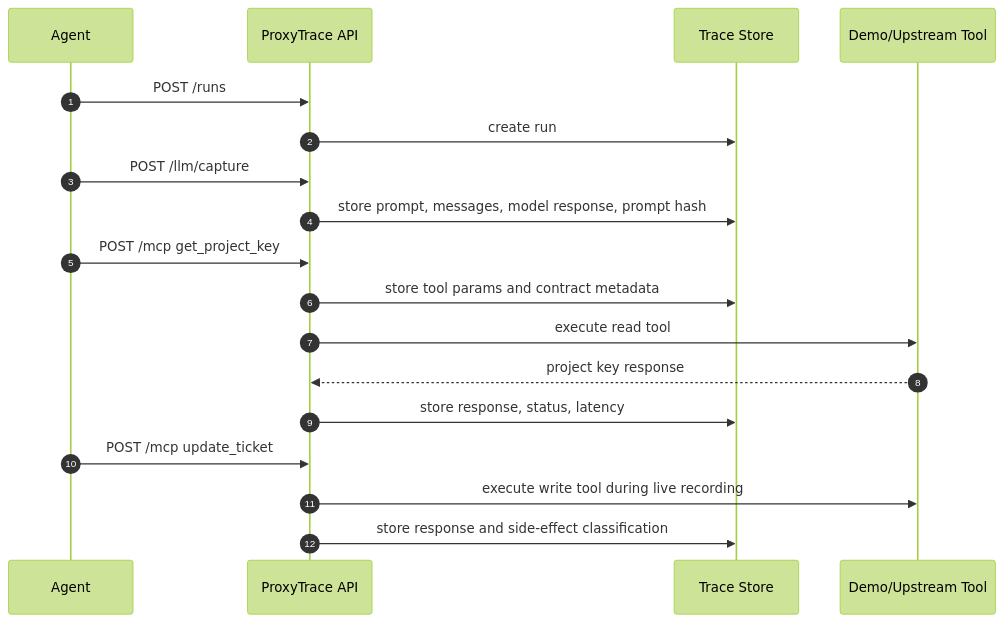
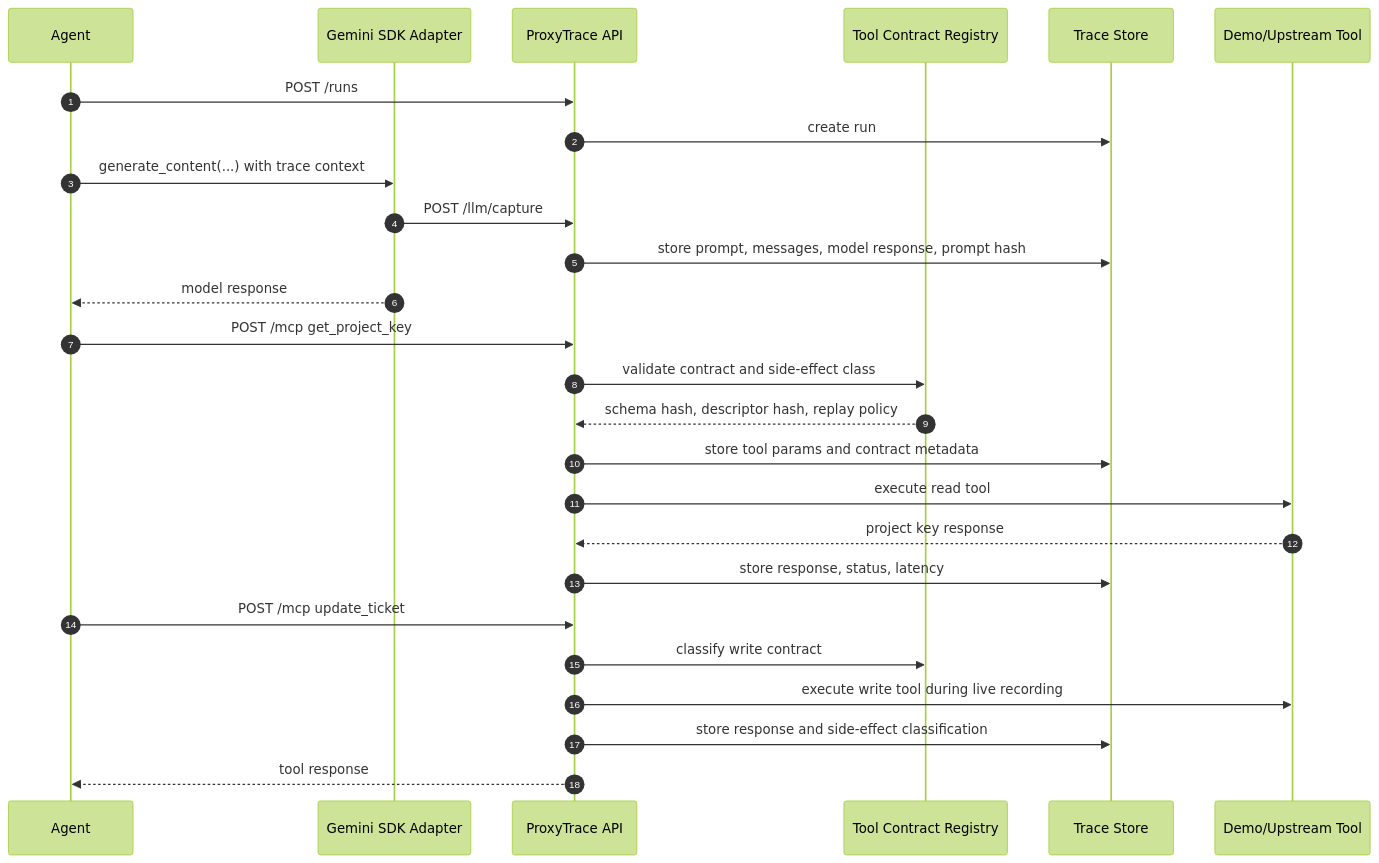
One commit to defi12748/ProxyTrace changed the second of 5 diagrams in README.md. Above: the diagram before and after it, drawn with Mermaid (forest theme). The commit also changed other lines of this file, not shown here.

Commit message:
add TD diagrams back to readme.md

````diff
--- a/README.md
+++ b/README.md
@@ -97,21 +107,29 @@
 ```mermaid
 sequenceDiagram
     autonumber
     participant Agent
+    participant Gemini as Gemini SDK Adapter
     participant API as ProxyTrace API
+    participant Registry as Tool Contract Registry
     participant Store as Trace Store
     participant Tool as Demo/Upstream Tool
 
     Agent->>API: POST /runs
     API->>Store: create run
-    Agent->>API: POST /llm/capture
+    Agent->>Gemini: generate_content(...) with trace context
+    Gemini->>API: POST /llm/capture
     API->>Store: store prompt, messages, model response, prompt hash
+    Gemini-->>Agent: model response
     Agent->>API: POST /mcp get_project_key
+    API->>Registry: validate contract and side-effect class
+    Registry-->>API: schema hash, descriptor hash, replay policy
     API->>Store: store tool params and contract metadata
     API->>Tool: execute read tool
     Tool-->>API: project key response
     API->>Store: store response, status, latency
     Agent->>API: POST /mcp update_ticket
+    API->>Registry: classify write contract
     API->>Tool: execute write tool during live recording
     API->>Store: store response and side-effect classification
+    API-->>Agent: tool response
 ```
````
